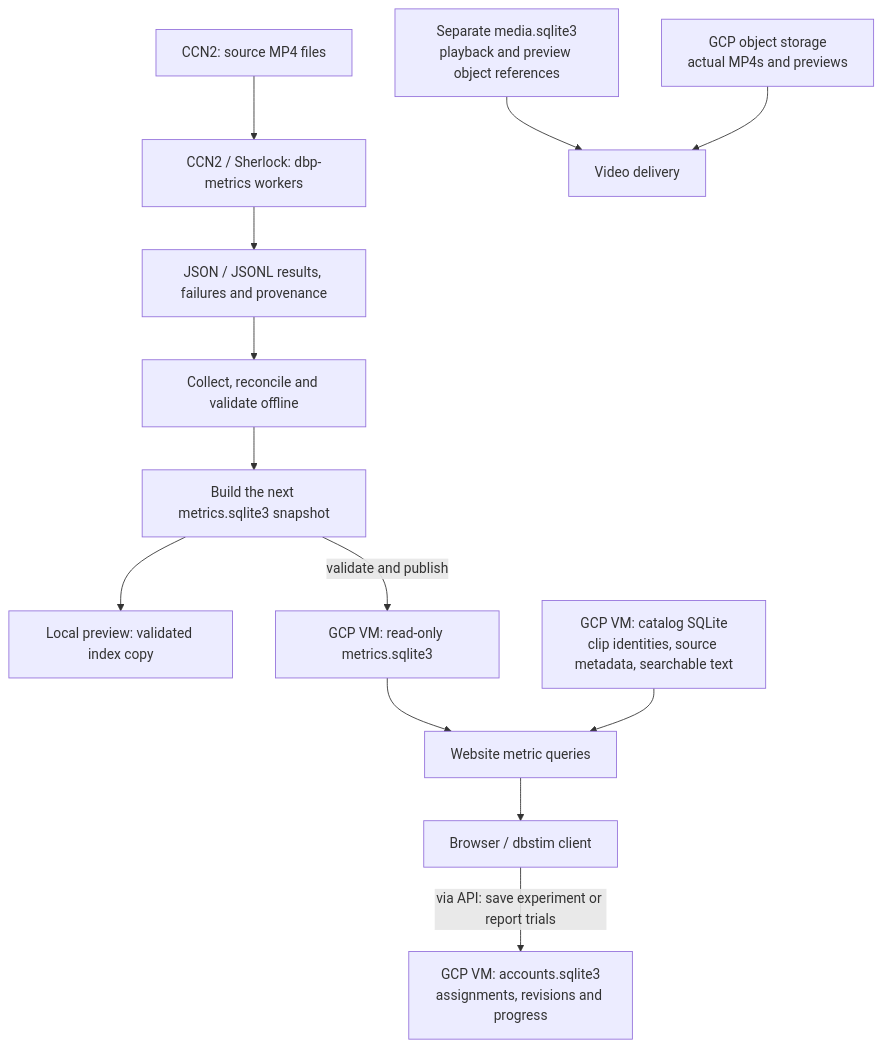
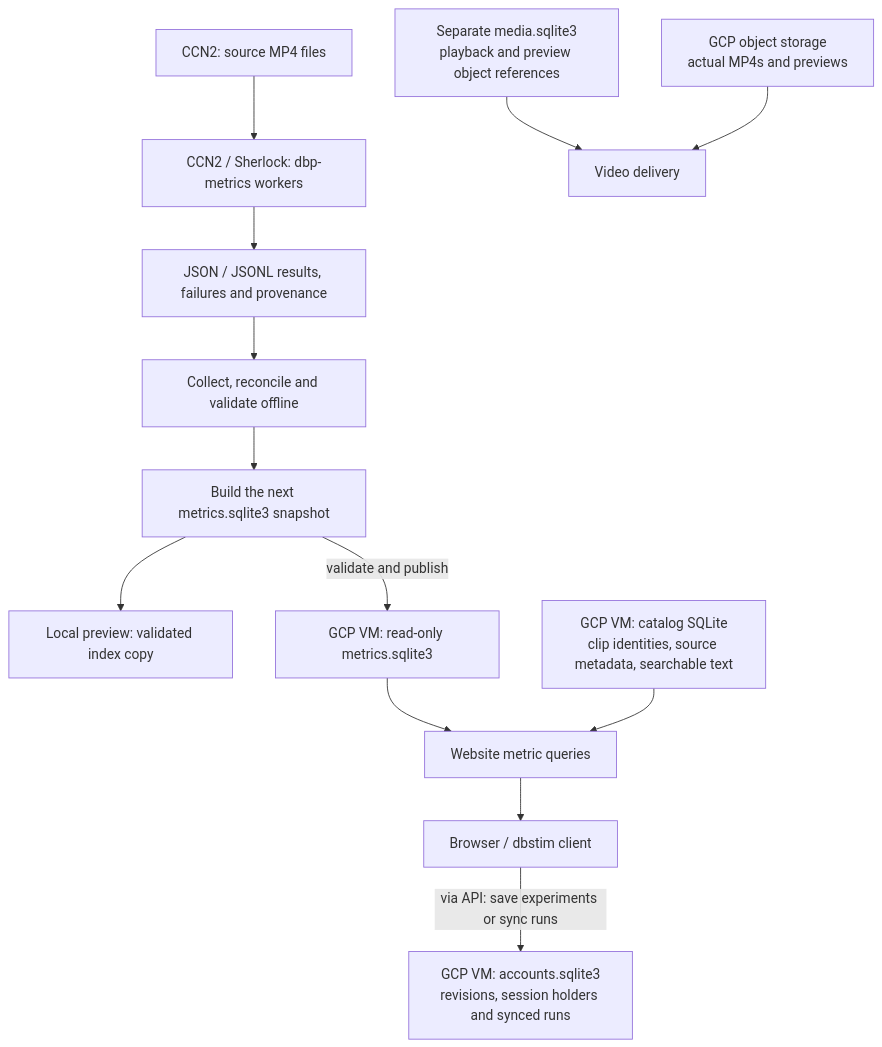
The first of 2 diagrams in docs/metrics-and-filters.md (StanfordDigitalBrainProject/dbstim), drawn with Mermaid before and after one commit. The commit also changed other lines of this file and 15 other files, not shown here.

````diff
--- a/docs/metrics-and-filters.md
+++ b/docs/metrics-and-filters.md
@@ -9,15 +9,15 @@
 ```mermaid
 flowchart TB
     Media["CCN2: source MP4 files"] --> Workers["CCN2 / Sherlock: dbp-metrics workers"]
     Workers --> Results["JSON / JSONL results, failures and provenance"]
     Results --> Import["Collect, reconcile and validate offline"]
     Import --> Index["Build the next metrics.sqlite3 snapshot"]
     Index --> Local["Local preview: validated index copy"]
     Index -->|"validate and publish"| Cloud["GCP VM: read-only metrics.sqlite3"]
     Cloud --> API["Website metric queries"]
     Catalog["GCP VM: catalog SQLite<br/>clip identities, source metadata, searchable text"] --> API
     API --> Browser["Browser / dbstim client"]
-    Browser -->|"via API: save experiment or report trials"| Accounts["GCP VM: accounts.sqlite3<br/>assignments, revisions and progress"]
+    Browser -->|"via API: save experiments or sync runs"| Accounts["GCP VM: accounts.sqlite3<br/>revisions, session holders and synced runs"]
     Inventory["Separate media.sqlite3<br/>playback and preview object references"] --> Playback["Video delivery"]
     Objects["GCP object storage<br/>actual MP4s and previews"] --> Playback
 ```
````
